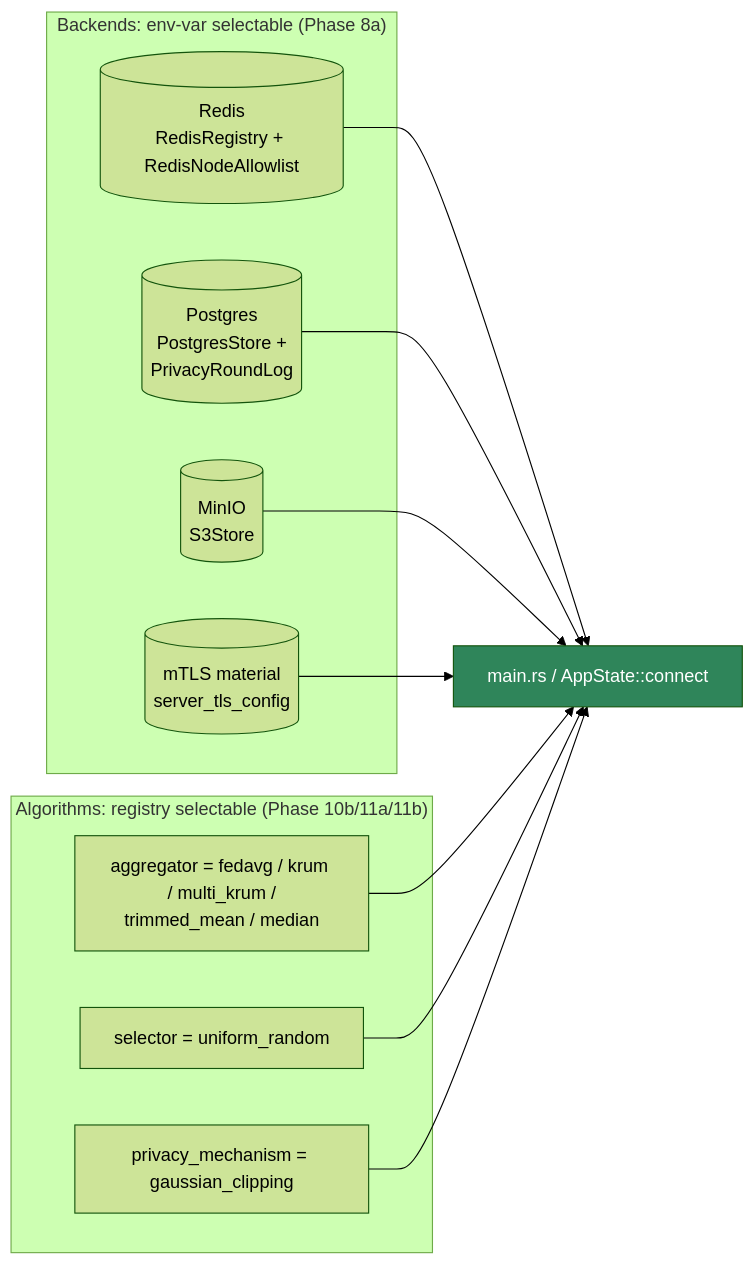
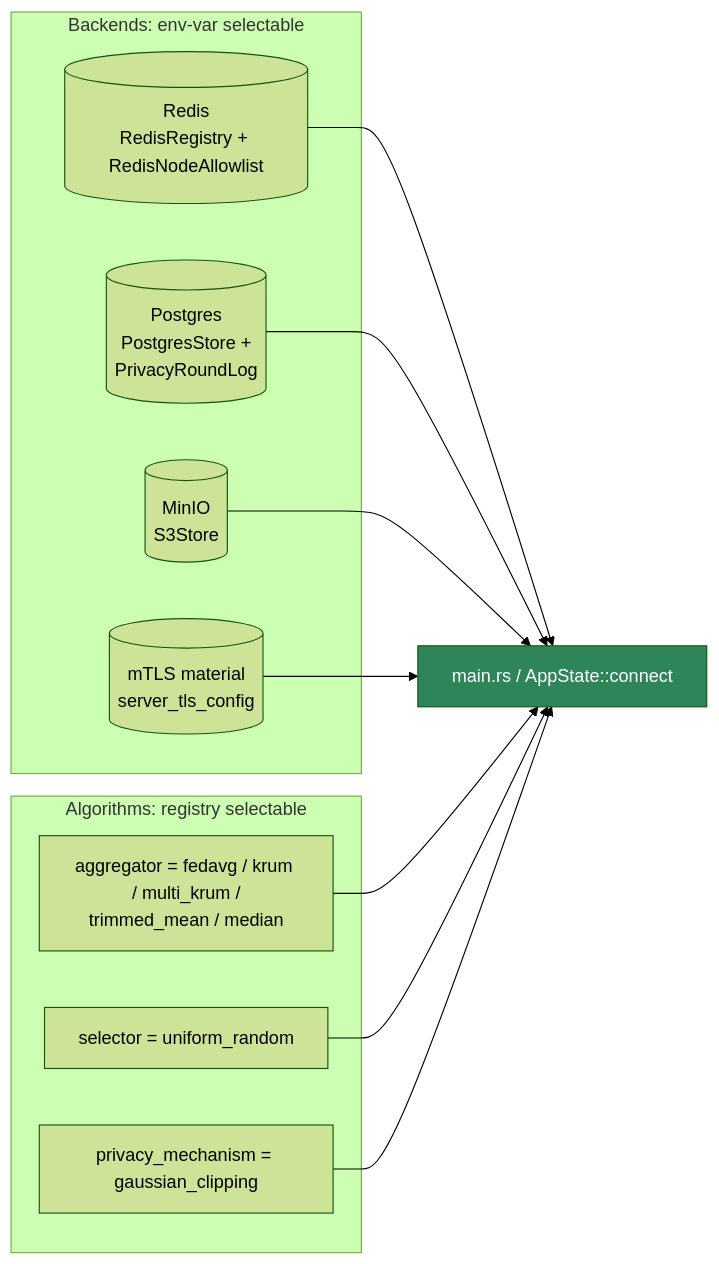
One commit to conflux-fl/conflux-fl changed the sixth of 6 diagrams in docs/ARCHITECTURE.md. Above: the diagram before and after it, drawn with Mermaid (forest theme). The commit also changed other lines of this file and 204 other files, not shown here.

````diff
--- a/docs/ARCHITECTURE.md
+++ b/docs/ARCHITECTURE.md
@@ -294,24 +293,24 @@
 ```mermaid
 graph LR
-    subgraph "Backends: env-var selectable (Phase 8a)"
-        redis[("Redis<br/>RedisRegistry + RedisNodeAllowlist")]
-        postgres[("Postgres<br/>PostgresStore +<br/>PrivacyRoundLog")]
-        minio[("MinIO<br/>S3Store")]
-        tls[("mTLS material<br/>server_tls_config")]
-    end
-    subgraph "Algorithms: registry selectable (Phase 10b/11a/11b)"
-        fedavg["aggregator = fedavg / krum / multi_krum /<br/>trimmed_mean / median"]
-        uniform["selector = uniform_random"]
-        gaussian["privacy_mechanism = gaussian_clipping"]
-    end
-    mainrs["main.rs / AppState::connect"]
-    redis --> mainrs
-    postgres --> mainrs
-    minio --> mainrs
-    tls --> mainrs
-    fedavg --> mainrs
-    uniform --> mainrs
-    gaussian --> mainrs
+ subgraph "Backends: env-var selectable"
+ redis[("Redis<br/>RedisRegistry + RedisNodeAllowlist")]
+ postgres[("Postgres<br/>PostgresStore +<br/>PrivacyRoundLog")]
+ minio[("MinIO<br/>S3Store")]
+ tls[("mTLS material<br/>server_tls_config")]
+ end
+ subgraph "Algorithms: registry selectable"
+ fedavg["aggregator = fedavg / krum / multi_krum /<br/>trimmed_mean / median"]
+ uniform["selector = uniform_random"]
+ gaussian["privacy_mechanism = gaussian_clipping"]
+ end
+ mainrs["main.rs / AppState::connect"]
+ redis --> mainrs
+ postgres --> mainrs
+ minio --> mainrs
+ tls --> mainrs
+ fedavg --> mainrs
+ uniform --> mainrs
+ gaussian --> mainrs
 
-    style mainrs fill:#2f855a,color:#fff
+ style mainrs fill:#2f855a,color:#fff
 ```
````
